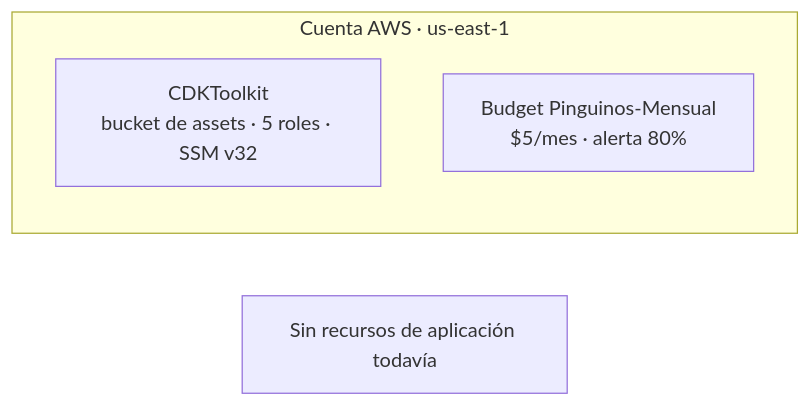
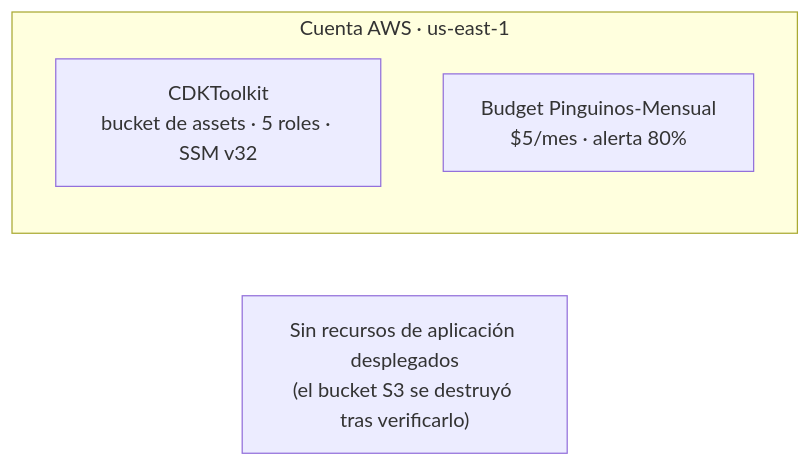
Before and after one commit to JairRamosG/Pinguinos-AWS: the fifth of 6 diagrams in docs/how-it-works.md, drawn with Mermaid. The commit also changed other lines of this file, not shown here.

````diff
--- a/docs/how-it-works.md
+++ b/docs/how-it-works.md
@@ -216,8 +224,8 @@
 ```mermaid
 flowchart LR
     subgraph AWS["Cuenta AWS · us-east-1"]
         TK["CDKToolkit<br/>bucket de assets · 5 roles · SSM v32"]
         BUD["Budget Pinguinos-Mensual<br/>$5/mes · alerta 80%"]
     end
-    NADA["Sin recursos de aplicación todavía"]
+    NADA["Sin recursos de aplicación desplegados<br/>(el bucket S3 se destruyó tras verificarlo)"]
 ```
````
